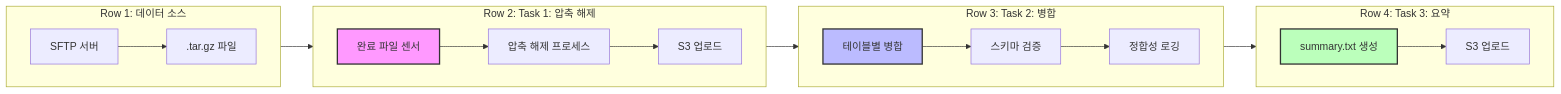
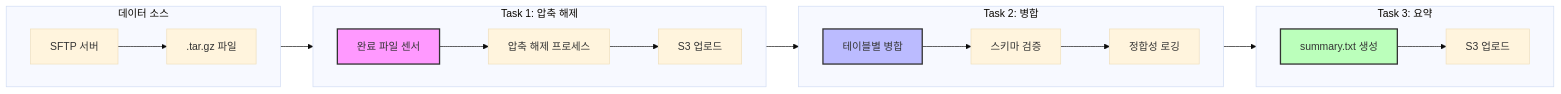
The sixth of 11 diagrams in _posts/2025-03-18-etl-pipeline.md (yeokyeong-yoon/yeokyeong-yoon.github.io), drawn with Mermaid before and after one commit. The commit also changed other lines of this file, not shown here.

Commit message:
docs: Improve Mermaid diagram readability with larger font size and clearer labels

````diff
--- a/_posts/2025-03-18-etl-pipeline.md
+++ b/_posts/2025-03-18-etl-pipeline.md
@@ -248,30 +253,31 @@
 ```mermaid
+%%{init: {'theme': 'base', 'themeVariables': { 'fontSize': '16px'}}}%%
 graph LR
-    subgraph "Row 1: 데이터 소스"
+    subgraph "데이터 소스"
         direction LR
         S1[SFTP 서버] --> S2[.tar.gz 파일]
     end
     
-    subgraph "Row 2: Task 1: 압축 해제"
+    subgraph "Task 1: 압축 해제"
         direction LR
         T1[완료 파일 센서] --> T2[압축 해제 프로세스] --> T3[S3 업로드]
     end
     
-    subgraph "Row 3: Task 2: 병합"
+    subgraph "Task 2: 병합"
         direction LR
         T4[테이블별 병합] --> T5[스키마 검증] --> T6[정합성 로깅]
     end
     
-    subgraph "Row 4: Task 3: 요약"
+    subgraph "Task 3: 요약"
         direction LR
         T7[summary.txt 생성] --> T8[S3 업로드]
     end
     
     S2 --> T1
     T3 --> T4
     T6 --> T7
     
     style T1 fill:#f9f,stroke:#333,stroke-width:2px
     style T4 fill:#bbf,stroke:#333,stroke-width:2px
     style T7 fill:#bfb,stroke:#333,stroke-width:2px
 ```
````
